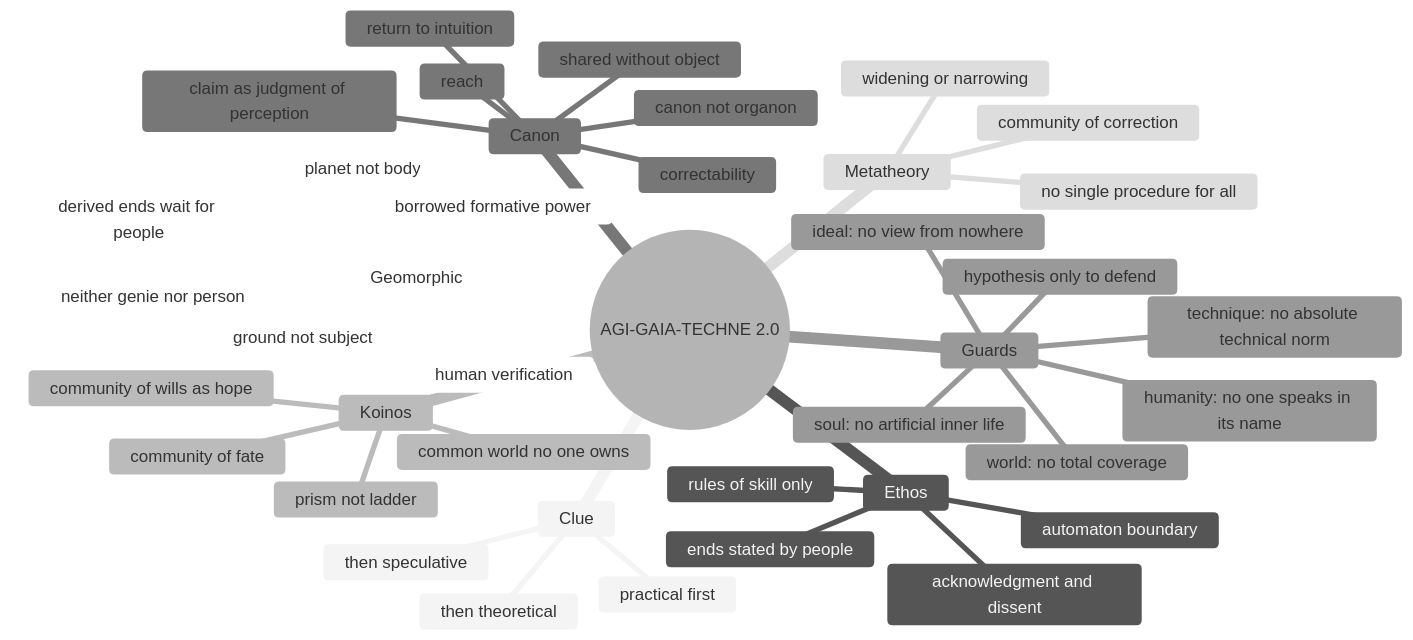
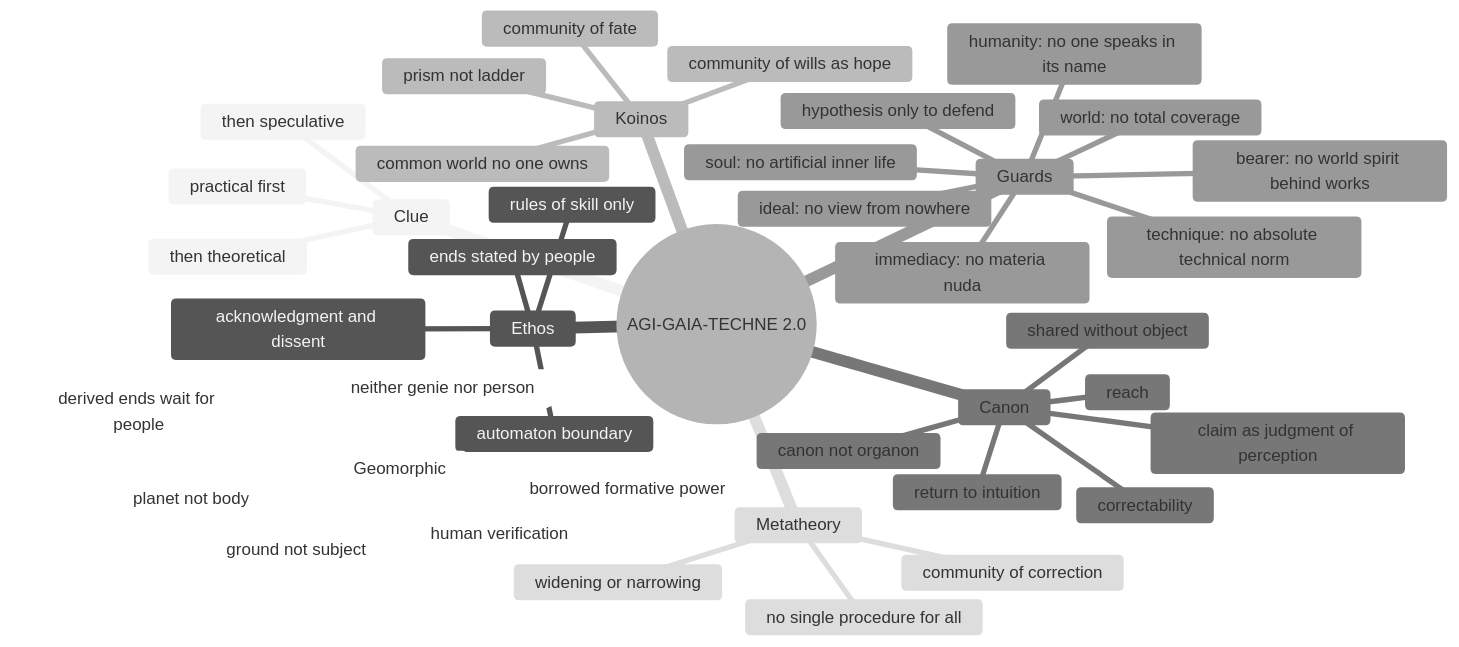
One commit to italosantosclemente/AGI-GAIA-TECHNE changed the fifth of 5 diagrams in README.md. Above: the diagram before and after it, drawn with Mermaid (neutral theme). The commit also changed other lines of this file and 3 other files, not shown here.

First line of the commit message:
Block 4: Werk, never Wille from Cassirer's map of metaphysics; prism sources; immediacy and bearer guards

````diff
--- a/README.md
+++ b/README.md
@@ -469,43 +477,45 @@
 ```mermaid
 mindmap
   root((AGI-GAIA-TECHNE 2.0))
     Clue
       practical first
       then theoretical
       then speculative
     Ethos
       ends stated by people
       acknowledgment and dissent
       rules of skill only
       automaton boundary
     Koinos
       common world no one owns
       community of fate
       community of wills as hope
       prism not ladder
     Canon
       claim as judgment of perception
       reach
       correctability
       return to intuition
       canon not organon
       shared without object
     Guards
       technique: no absolute technical norm
       humanity: no one speaks in its name
       soul: no artificial inner life
       world: no total coverage
       ideal: no view from nowhere
+      immediacy: no materia nuda
+      bearer: no world spirit behind works
       hypothesis only to defend
     Metatheory
       community of correction
       widening or narrowing
       no single procedure for all
     Geomorphic
       planet not body
       ground not subject
       borrowed formative power
       neither genie nor person
       derived ends wait for people
       human verification
 ```
````
